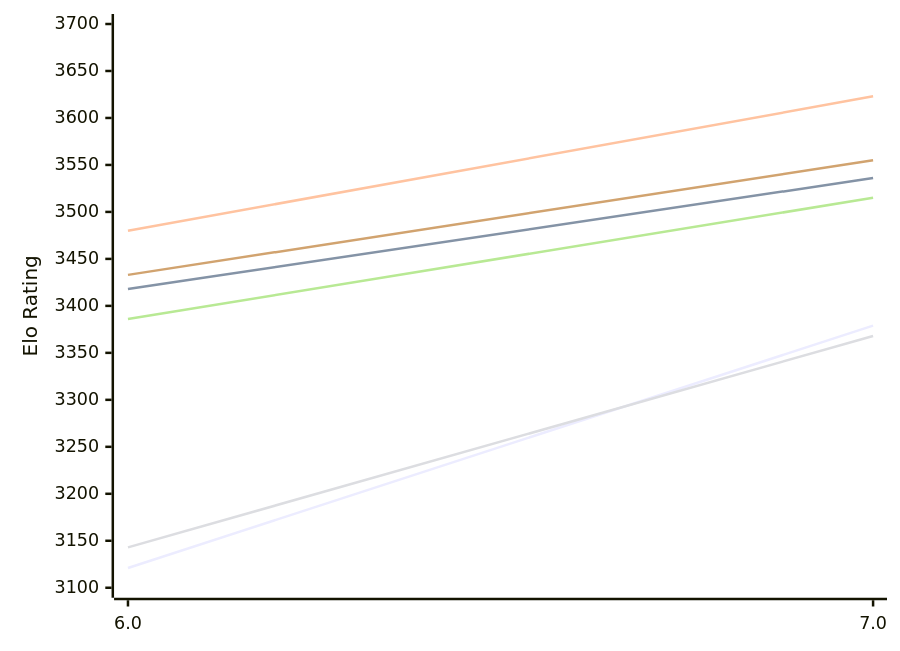
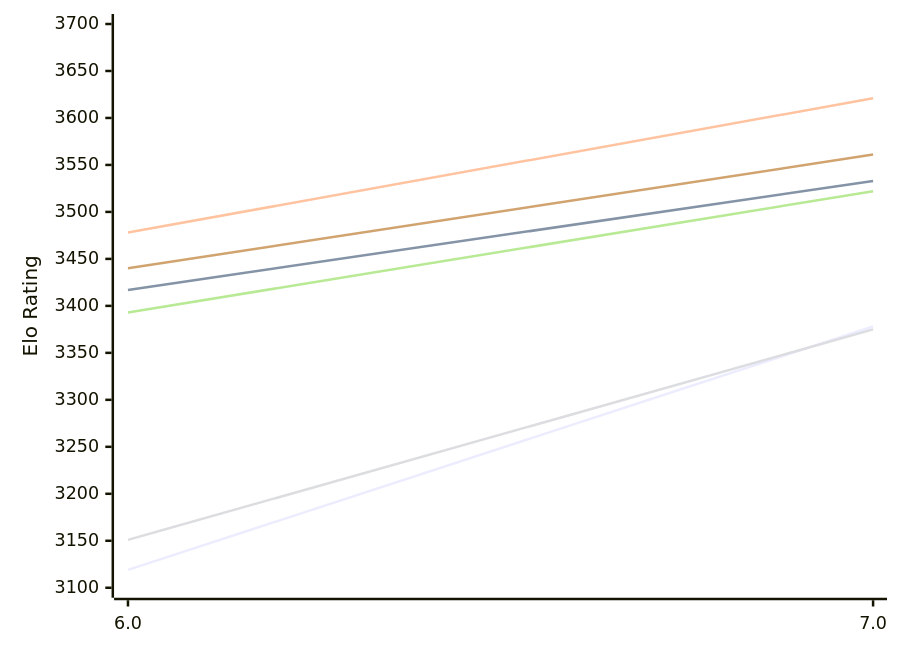
The first of 2 diagrams in engines/Devre.md (computer-chess-index/cci), drawn with Mermaid before and after one commit. The commit also changed other lines of this file, not shown here.

Commit message:
Update CCI Ratings (ELO VLTC) - 2026-11-23

````diff
--- a/engines/Devre.md
+++ b/engines/Devre.md
@@ -50,12 +50,12 @@
 ```mermaid
 %%{init: {"theme":"base","themeVariables":{"seriesColors:['#a3a3a3','#222221','#faa371']}}}%%
 xychart-beta
   x-axis ["6.0", "7.0"]
   y-axis "Elo Rating" 3100 --> 3700
-  line "E1: STC (8.0+0.08s)" [3121, 3379]
-  line "E1: LTC (60.0+0.60s)" [3418, 3536]
-  line "E1: VLTC (2m24s+1.12s)" [3480, 3623]
-  line "P1: STC (8.0+0.08s)" [3143, 3368]
-  line "P1: LTC (60.0+0.60s)" [3386, 3515]
-  line "P1: VLTC (2m24s+1.12s)" [3433, 3555]
+  line "E1: STC (8.0+0.08s)" [3119, 3378]
+  line "E1: LTC (60.0+0.60s)" [3417, 3533]
+  line "E1: VLTC (2m24s+1.12s)" [3478, 3621]
+  line "P1: STC (8.0+0.08s)" [3151, 3375]
+  line "P1: LTC (60.0+0.60s)" [3393, 3522]
+  line "P1: VLTC (2m24s+1.12s)" [3440, 3561]
 ```
````
